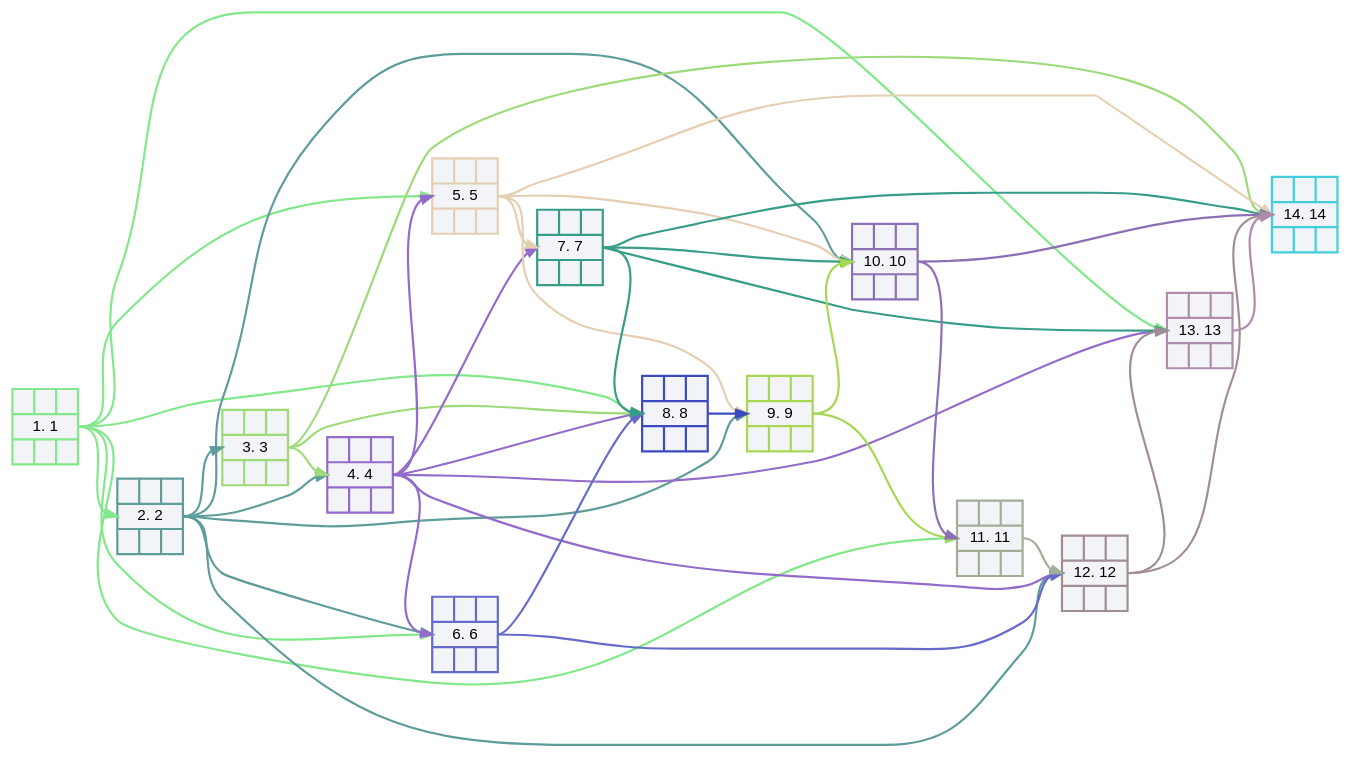
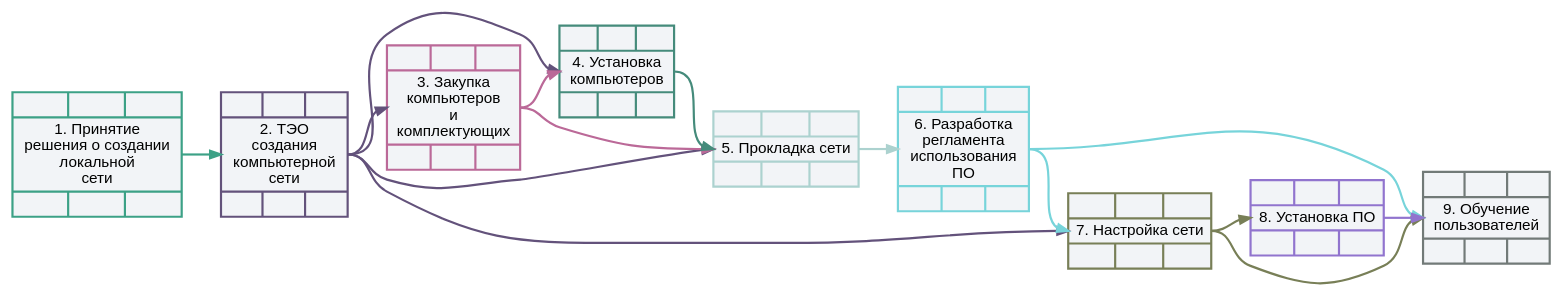
The diagram in files/NetworkGraph01.gv (DVin-programmer/networkGraphics), drawn with Graphviz before and after one commit. The commit also changed 11 other files, not shown here.

```diff
--- a/files/NetworkGraph01.gv
+++ b/files/NetworkGraph01.gv
@@ -1,64 +1,33 @@
         digraph NetworkGraph01
         {
            //graph [charset = "utf8"]
            rankdir = LR
            layout = dot
            splines = spline
            node [style = "filled, bold", fillcolor = "#f2f4f7", fontname = "Arial"]
            edge [penwidth = 2]
-           v1 [fontname = "Arial",color = "#82e88b", shape = record, label = "{  |  |  } |  <mI1> 1. 1 | { |  |  }"]
-   v2 [fontname = "Arial",color = "#5f9d9a", shape = record, label = "{  |  |  } |  <mI2> 2. 2 | { |  |  }"]
-   v3 [fontname = "Arial",color = "#9dda79", shape = record, label = "{  |  |  } |  <mI3> 3. 3 | { |  |  }"]
-   v4 [fontname = "Arial",color = "#936ccb", shape = record, label = "{  |  |  } |  <mI4> 4. 4 | { |  |  }"]
-   v5 [fontname = "Arial",color = "#e4cfb3", shape = record, label = "{  |  |  } |  <mI5> 5. 5 | { |  |  }"]
-   v6 [fontname = "Arial",color = "#656acb", shape = record, label = "{  |  |  } |  <mI6> 6. 6 | { |  |  }"]
-   v7 [fontname = "Arial",color = "#379d89", shape = record, label = "{  |  |  } |  <mI7> 7. 7 | { |  |  }"]
-   v8 [fontname = "Arial",color = "#3b4ac1", shape = record, label = "{  |  |  } |  <mI8> 8. 8 | { |  |  }"]
-   v9 [fontname = "Arial",color = "#a8d753", shape = record, label = "{  |  |  } |  <mI9> 9. 9 | { |  |  }"]
-   v10 [fontname = "Arial",color = "#8c70b5", shape = record, label = "{  |  |  } |  <mI10> 10. 10 | { |  |  }"]
-   v11 [fontname = "Arial",color = "#a3ae99", shape = record, label = "{  |  |  } |  <mI11> 11. 11 | { |  |  }"]
-   v12 [fontname = "Arial",color = "#a18d95", shape = record, label = "{  |  |  } |  <mI12> 12. 12 | { |  |  }"]
-   v13 [fontname = "Arial",color = "#b08baa", shape = record, label = "{  |  |  } |  <mI13> 13. 13 | { |  |  }"]
-   v14 [fontname = "Arial",color = "#42cedd", shape = record, label = "{  |  |  } |  <mI14> 14. 14 | { |  |  }"]
-   v7:<mI7> -> v10:<mI10> [color = "#379d89"]
-   v9:<mI9> -> v10:<mI10> [color = "#a8d753"]
-   v9:<mI9> -> v11:<mI11> [color = "#a8d753"]
-   v7:<mI7> -> v14:<mI14> [color = "#379d89"]
-   v5:<mI5> -> v14:<mI14> [color = "#e4cfb3"]
-   v4:<mI4> -> v12:<mI12> [color = "#936ccb"]
-   v2:<mI2> -> v10:<mI10> [color = "#5f9d9a"]
-   v5:<mI5> -> v10:<mI10> [color = "#e4cfb3"]
-   v6:<mI6> -> v12:<mI12> [color = "#656acb"]
-   v7:<mI7> -> v13:<mI13> [color = "#379d89"]
-   v2:<mI2> -> v12:<mI12> [color = "#5f9d9a"]
-   v1:<mI1> -> v11:<mI11> [color = "#82e88b"]
-   v1:<mI1> -> v13:<mI13> [color = "#82e88b"]
-   v3:<mI3> -> v14:<mI14> [color = "#9dda79"]
-   v4:<mI4> -> v13:<mI13> [color = "#936ccb"]
-   v1:<mI1> -> v2:<mI2> [color = "#82e88b"]
-   v2:<mI2> -> v3:<mI3> [color = "#5f9d9a"]
-   v2:<mI2> -> v4:<mI4> [color = "#5f9d9a"]
-   v3:<mI3> -> v4:<mI4> [color = "#9dda79"]
-   v4:<mI4> -> v5:<mI5> [color = "#936ccb"]
-   v1:<mI1> -> v5:<mI5> [color = "#82e88b"]
-   v4:<mI4> -> v6:<mI6> [color = "#936ccb"]
-   v1:<mI1> -> v6:<mI6> [color = "#82e88b"]
-   v2:<mI2> -> v6:<mI6> [color = "#5f9d9a"]
-   v4:<mI4> -> v7:<mI7> [color = "#936ccb"]
-   v5:<mI5> -> v7:<mI7> [color = "#e4cfb3"]
-   v3:<mI3> -> v8:<mI8> [color = "#9dda79"]
-   v4:<mI4> -> v8:<mI8> [color = "#936ccb"]
-   v6:<mI6> -> v8:<mI8> [color = "#656acb"]
-   v7:<mI7> -> v8:<mI8> [color = "#379d89"]
-   v1:<mI1> -> v8:<mI8> [color = "#82e88b"]
-   v5:<mI5> -> v9:<mI9> [color = "#e4cfb3"]
-   v8:<mI8> -> v9:<mI9> [color = "#3b4ac1"]
-   v2:<mI2> -> v9:<mI9> [color = "#5f9d9a"]
-   v10:<mI10> -> v11:<mI11> [color = "#8c70b5"]
-   v11:<mI11> -> v12:<mI12> [color = "#a3ae99"]
-   v12:<mI12> -> v13:<mI13> [color = "#a18d95"]
-   v13:<mI13> -> v14:<mI14> [color = "#b08baa"]
-   v12:<mI12> -> v14:<mI14> [color = "#a18d95"]
-   v10:<mI10> -> v14:<mI14> [color = "#8c70b5"]
+           v1 [fontname = "Arial",color = "#3ca186", shape = record, label = "{  |  |  } |  <mI1> 1. Принятие\n решения  о  создании \n локальной \n сети  | { |  |  }"]
+   v2 [fontname = "Arial",color = "#63527b", shape = record, label = "{  |  |  } |  <mI2> 2. ТЭО\n создания \n компьютерной \n сети  | { |  |  }"]
+   v3 [fontname = "Arial",color = "#bb6998", shape = record, label = "{  |  |  } |  <mI3> 3. Закупка\n компьютеров \n и \n комплектующих  | { |  |  }"]
+   v4 [fontname = "Arial",color = "#458b7b", shape = record, label = "{  |  |  } |  <mI4> 4. Установка\n компьютеров  | { |  |  }"]
+   v5 [fontname = "Arial",color = "#acd2cf", shape = record, label = "{  |  |  } |  <mI5> 5. Прокладка сети | { |  |  }"]
+   v6 [fontname = "Arial",color = "#77d4da", shape = record, label = "{  |  |  } |  <mI6> 6. Разработка\n регламента \n использования \n ПО  | { |  |  }"]
+   v7 [fontname = "Arial",color = "#787f57", shape = record, label = "{  |  |  } |  <mI7> 7. Настройка сети | { |  |  }"]
+   v8 [fontname = "Arial",color = "#9174ce", shape = record, label = "{  |  |  } |  <mI8> 8. Установка ПО | { |  |  }"]
+   v9 [fontname = "Arial",color = "#727a78", shape = record, label = "{  |  |  } |  <mI9> 9. Обучение\n пользователей  | { |  |  }"]
+   v1:<mI1> -> v2:<mI2> [color = "#3ca186"]
+   v2:<mI2> -> v3:<mI3> [color = "#63527b"]
+   v2:<mI2> -> v4:<mI4> [color = "#63527b"]
+   v3:<mI3> -> v4:<mI4> [color = "#bb6998"]
+   v3:<mI3> -> v5:<mI5> [color = "#bb6998"]
+   v2:<mI2> -> v5:<mI5> [color = "#63527b"]
+   v4:<mI4> -> v5:<mI5> [color = "#458b7b"]
+   v5:<mI5> -> v6:<mI6> [color = "#acd2cf"]
+   v6:<mI6> -> v7:<mI7> [color = "#77d4da"]
+   v2:<mI2> -> v7:<mI7> [color = "#63527b"]
+   v7:<mI7> -> v8:<mI8> [color = "#787f57"]
+   v6:<mI6> -> v9:<mI9> [color = "#77d4da"]
+   v7:<mI7> -> v9:<mI9> [color = "#787f57"]
+   v8:<mI8> -> v9:<mI9> [color = "#9174ce"]
 
 }
```
